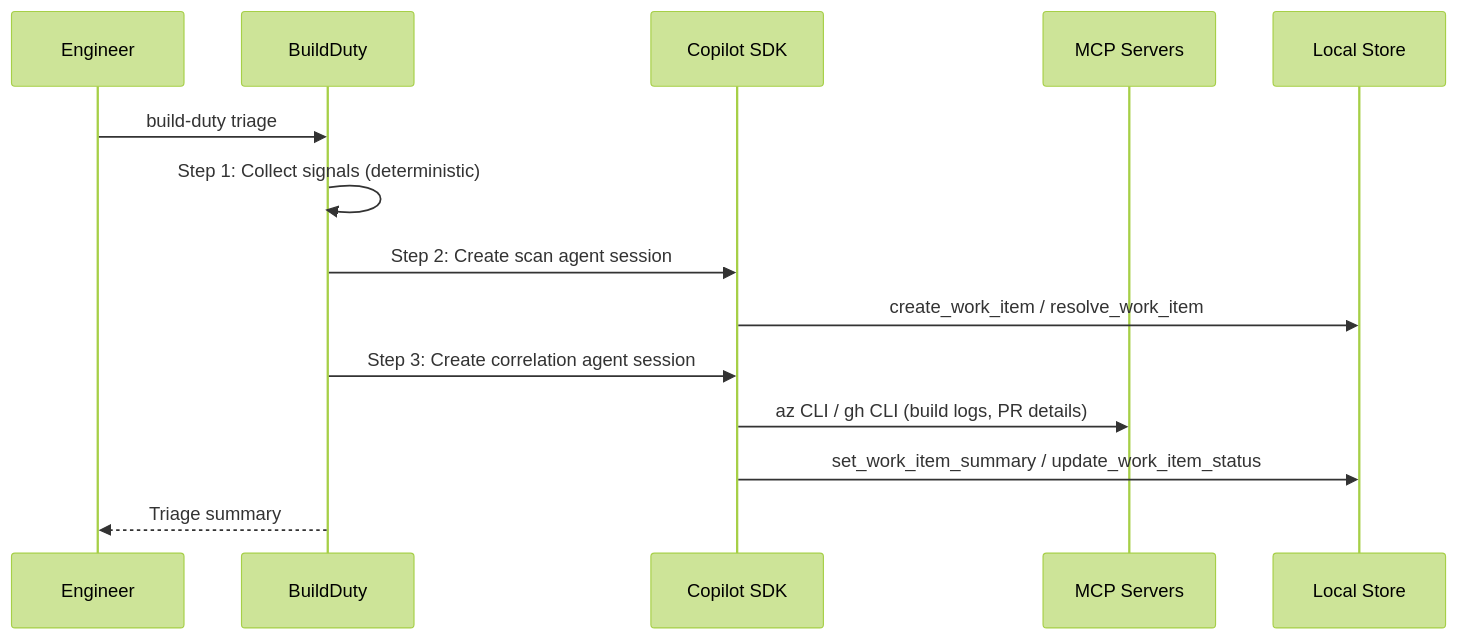
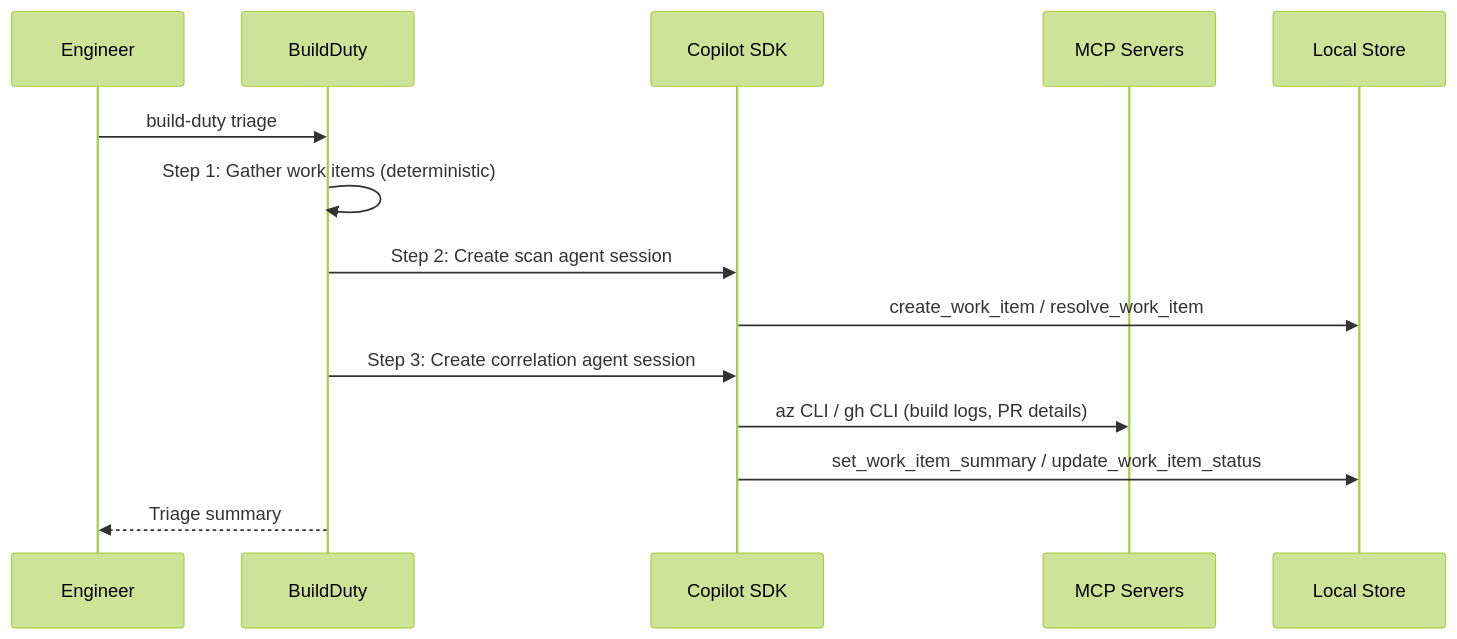
One commit to ellahathaway/build-duty changed the second of 2 diagrams in docs/design-doc.md. Above: the diagram before and after it, drawn with Mermaid (forest theme). The commit also changed other lines of this file and 29 other files, not shown here.

````diff
--- a/docs/design-doc.md
+++ b/docs/design-doc.md
@@ -79,17 +79,17 @@
 ```mermaid
 sequenceDiagram
   participant U as Engineer
   participant B as BuildDuty
   participant C as Copilot SDK
   participant M as MCP Servers
   participant S as Local Store
 
   U->>B: build-duty triage
-  B->>B: Step 1: Collect signals (deterministic)
+  B->>B: Step 1: Gather work items (deterministic)
   B->>C: Step 2: Create scan agent session
   C->>S: create_work_item / resolve_work_item
   B->>C: Step 3: Create correlation agent session
   C->>M: az CLI / gh CLI (build logs, PR details)
   C->>S: set_work_item_summary / update_work_item_status
   B-->>U: Triage summary
 ```
````
